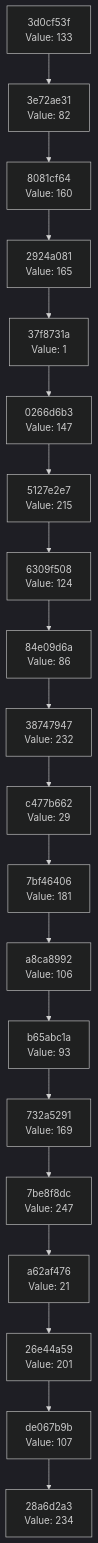
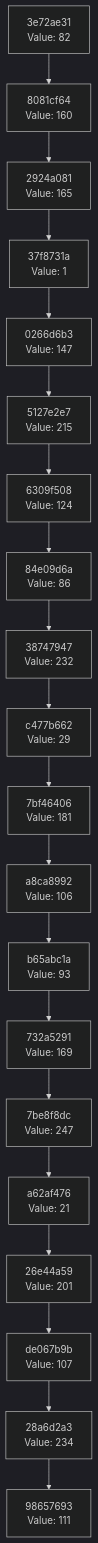
One commit to Abhisheksinha1506/hash-chain-evolver changed the diagram in docs/CHAIN_VISUALIZATION.md. Above: the diagram before and after it, drawn with Mermaid (dark theme). The commit also changed 2 other files, not shown here.

Commit message:
Evolution Step

````diff
--- a/docs/CHAIN_VISUALIZATION.md
+++ b/docs/CHAIN_VISUALIZATION.md
@@ -3,42 +3,42 @@
 ```mermaid
 graph TD
-    C0["28a6d2a3<br/>Value: 234"]
-    C1["de067b9b<br/>Value: 107"]
+    C0["98657693<br/>Value: 111"]
+    C1["28a6d2a3<br/>Value: 234"]
     C1 --> C0
-    C2["26e44a59<br/>Value: 201"]
+    C2["de067b9b<br/>Value: 107"]
     C2 --> C1
-    C3["a62af476<br/>Value: 21"]
+    C3["26e44a59<br/>Value: 201"]
     C3 --> C2
-    C4["7be8f8dc<br/>Value: 247"]
+    C4["a62af476<br/>Value: 21"]
     C4 --> C3
-    C5["732a5291<br/>Value: 169"]
+    C5["7be8f8dc<br/>Value: 247"]
     C5 --> C4
-    C6["b65abc1a<br/>Value: 93"]
+    C6["732a5291<br/>Value: 169"]
     C6 --> C5
-    C7["a8ca8992<br/>Value: 106"]
+    C7["b65abc1a<br/>Value: 93"]
     C7 --> C6
-    C8["7bf46406<br/>Value: 181"]
+    C8["a8ca8992<br/>Value: 106"]
     C8 --> C7
-    C9["c477b662<br/>Value: 29"]
+    C9["7bf46406<br/>Value: 181"]
     C9 --> C8
-    C10["38747947<br/>Value: 232"]
+    C10["c477b662<br/>Value: 29"]
     C10 --> C9
-    C11["84e09d6a<br/>Value: 86"]
+    C11["38747947<br/>Value: 232"]
     C11 --> C10
-    C12["6309f508<br/>Value: 124"]
+    C12["84e09d6a<br/>Value: 86"]
     C12 --> C11
-    C13["5127e2e7<br/>Value: 215"]
+    C13["6309f508<br/>Value: 124"]
     C13 --> C12
-    C14["0266d6b3<br/>Value: 147"]
+    C14["5127e2e7<br/>Value: 215"]
     C14 --> C13
-    C15["37f8731a<br/>Value: 1"]
+    C15["0266d6b3<br/>Value: 147"]
     C15 --> C14
-    C16["2924a081<br/>Value: 165"]
+    C16["37f8731a<br/>Value: 1"]
     C16 --> C15
-    C17["8081cf64<br/>Value: 160"]
+    C17["2924a081<br/>Value: 165"]
     C17 --> C16
-    C18["3e72ae31<br/>Value: 82"]
+    C18["8081cf64<br/>Value: 160"]
     C18 --> C17
-    C19["3d0cf53f<br/>Value: 133"]
+    C19["3e72ae31<br/>Value: 82"]
     C19 --> C18
 ```
````
